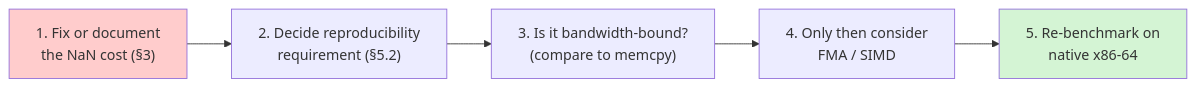
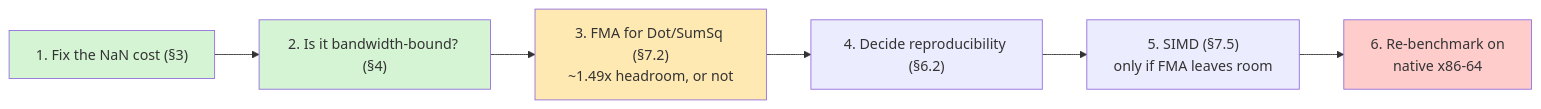
The diagram in docs/next-steps.md (rj-raghavjoshi/numa), drawn with Mermaid before and after one commit. The commit also changed other lines of this file and 5 other files, not shown here.

````diff
--- a/docs/next-steps.md
+++ b/docs/next-steps.md
@@ -166,9 +193,12 @@
 ```mermaid
 graph LR
-    A["1. Fix or document<br/>the NaN cost (§3)"] --> B["2. Decide reproducibility<br/>requirement (§5.2)"]
-    B --> C["3. Is it bandwidth-bound?<br/>(compare to memcpy)"]
-    C --> D["4. Only then consider<br/>FMA / SIMD"]
-    D --> E["5. Re-benchmark on<br/>native x86-64"]
-    style A fill:#ffcccc
-    style E fill:#d4f4d4
+    A["1. Fix the NaN cost (§3)"] --> B["2. Is it bandwidth-bound? (§4)"]
+    B --> C["3. FMA for Dot/SumSq (§7.2)<br/>~1.49x headroom, or not"]
+    C --> D["4. Decide reproducibility (§6.2)"]
+    D --> E["5. SIMD (§7.5)<br/>only if FMA leaves room"]
+    E --> F["6. Re-benchmark on<br/>native x86-64"]
+    style A fill:#d4f4d4
+    style B fill:#d4f4d4
+    style C fill:#ffe9b3
+    style F fill:#ffcccc
 ```
````
